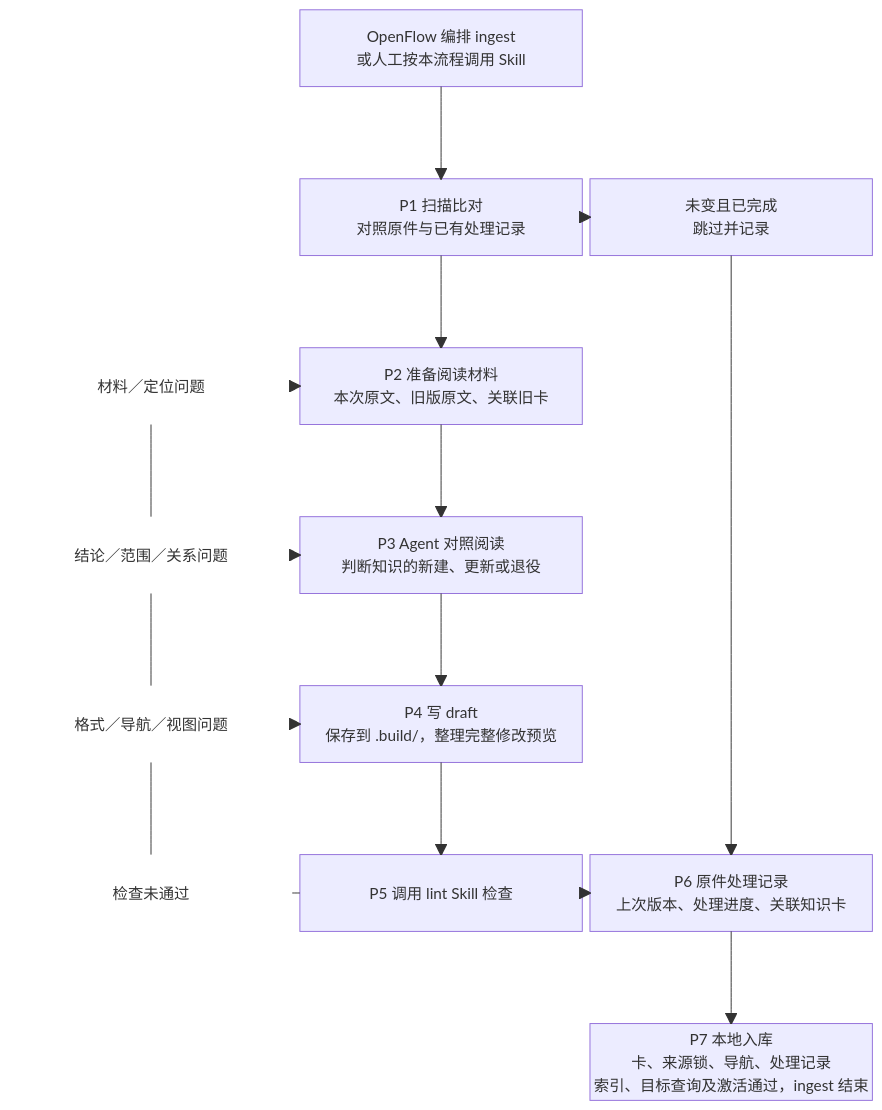
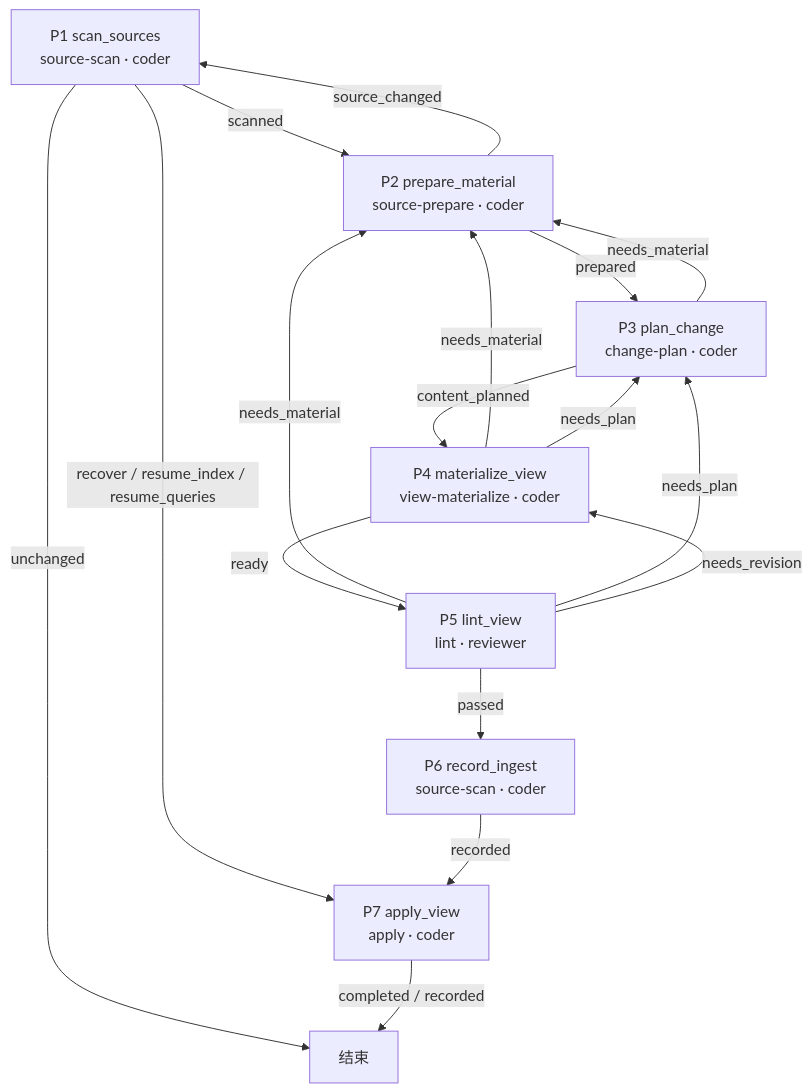
The fourth of 27 diagrams in himate-knowledge-wifi-mp/docs-llm-wiki/知识库详细设计.md (Robin-hhc/FactumCore), drawn with Mermaid before and after one commit. The commit also changed other lines of this file and 323 other files, not shown here.

````diff
--- a/himate-knowledge-wifi-mp/docs-llm-wiki/知识库详细设计.md
+++ b/himate-knowledge-wifi-mp/docs-llm-wiki/知识库详细设计.md
@@ -158,39 +156,19 @@
 ```mermaid
-block-beta
-    columns 3
-    space CMD["OpenFlow 编排 ingest<br/>或人工按本流程调用 Skill"] space
-    space:3
-    space P1["P1 扫描比对<br/>对照原件与已有处理记录"] SKIP["未变且已完成<br/>跳过并记录"]
-    space:3
-    J2["材料／定位问题"] P2["P2 准备阅读材料<br/>本次原文、旧版原文、关联旧卡"] space
-    space:3
-    J3["结论／范围／关系问题"] P3["P3 Agent 对照阅读<br/>判断知识的新建、更新或退役"] space
-    space:3
-    J4["格式／导航／视图问题"] P4["P4 写 draft<br/>保存到 .build/，整理完整修改预览"] space
-    space:3
-    J5["检查未通过"] P5["P5 调用 lint Skill 检查"] P6["P6 原件处理记录<br/>上次版本、处理进度、关联知识卡"]
-    space:3
-    space:2 P7["P7 本地入库<br/>卡、来源锁、导航、处理记录<br/>索引、目标查询及激活通过，ingest 结束"]
-
-    CMD --> P1
-    P1 --> P2
-    P2 --> P3
-    P3 --> P4
-    P4 --> P5
-    P5 --> P6
-    P6 --> P7
-
-    P1 --> SKIP
-    SKIP --> P6
-
-    P5 --- J5
-    J5 --- J4
-    J4 --- J3
-    J3 --- J2
-    J2 --> P2
-    J3 --> P3
-    J4 --> P4
-
-    classDef problem fill:none,stroke:none
-    class J2,J3,J4,J5 problem
+flowchart TD
+    P1["P1 scan_sources<br/>source-scan · coder"] -->|scanned| P2["P2 prepare_material<br/>source-prepare · coder"]
+    P1 -->|unchanged| END["结束"]
+    P1 -->|recover / resume_index / resume_queries| P7
+    P2 -->|prepared| P3["P3 plan_change<br/>change-plan · coder"]
+    P2 -->|source_changed| P1
+    P3 -->|content_planned| P4["P4 materialize_view<br/>view-materialize · coder"]
+    P3 -->|needs_material| P2
+    P4 -->|ready| P5["P5 lint_view<br/>lint · reviewer"]
+    P4 -->|needs_material| P2
+    P4 -->|needs_plan| P3
+    P5 -->|needs_material| P2
+    P5 -->|needs_plan| P3
+    P5 -->|needs_revision| P4
+    P5 -->|passed| P6["P6 record_ingest<br/>source-scan · coder"]
+    P6 -->|recorded| P7["P7 apply_view<br/>apply · coder"]
+    P7 -->|completed / recorded| END
 ```
````
